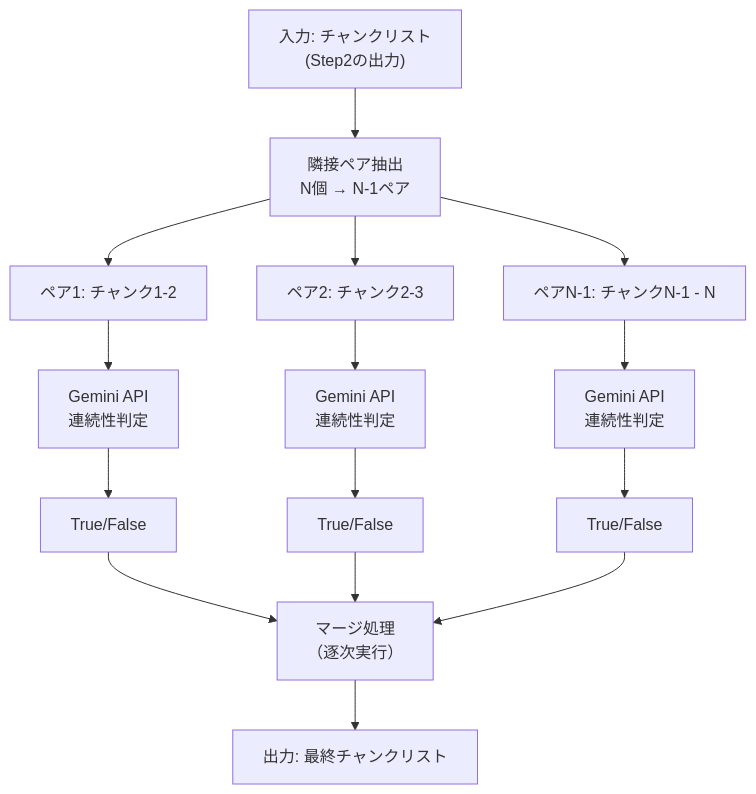
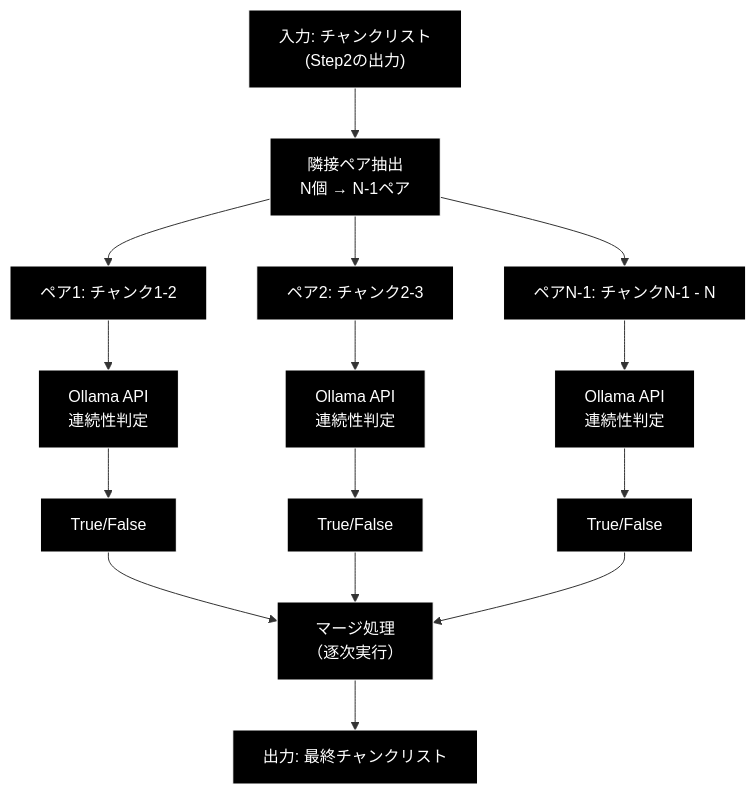
Before and after one commit to nakashima2toshio/ollama_grace_agent_v2: the third of 6 diagrams in chunking/doc/step3.md, drawn with Mermaid. The commit also changed other lines of this file and 13 other files, not shown here.

First line of the commit message:
chunking: Ollama ネイティブ化（コード/コメント/ドキュメントの Gemini→Ollama 全面置換）

````diff
--- a/chunking/doc/step3.md
+++ b/chunking/doc/step3.md
@@ -153,22 +164,25 @@
 ```mermaid
 flowchart TB
     A["入力: チャンクリスト<br/>(Step2の出力)"] --> B["隣接ペア抽出<br/>N個 → N-1ペア"]
 
     B --> C["ペア1: チャンク1-2"]
     B --> D["ペア2: チャンク2-3"]
     B --> E["ペアN-1: チャンクN-1 - N"]
 
-    C --> F["Gemini API<br/>連続性判定"]
-    D --> G["Gemini API<br/>連続性判定"]
-    E --> H["Gemini API<br/>連続性判定"]
+    C --> F["Ollama API<br/>連続性判定"]
+    D --> G["Ollama API<br/>連続性判定"]
+    E --> H["Ollama API<br/>連続性判定"]
 
     F --> I["True/False"]
     G --> J["True/False"]
     H --> K["True/False"]
 
     I --> L["マージ処理<br/>（逐次実行）"]
     J --> L
     K --> L
 
     L --> M["出力: 最終チャンクリスト"]
+classDef default fill:#000,stroke:#fff,color:#fff
+classDef subgraphStyle fill:#1a1a1a,stroke:#fff,color:#fff
+class A,B,C,D,E,F,G,H,I,J,K,L,M default
 ```
````
